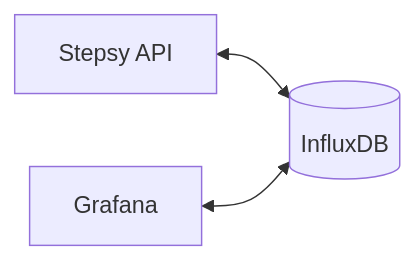
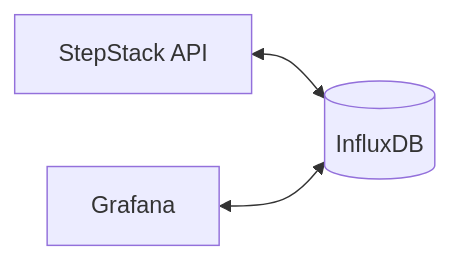
One commit to nikoswu/StepStack changed the fourth of 5 diagrams in README.md. Above: the diagram before and after it, drawn with Mermaid. The commit also changed other lines of this file and 16 other files, not shown here.

Commit message:
Rename project from Stepsy to StepStack

````diff
--- a/README.md
+++ b/README.md
@@ -204,5 +204,5 @@
 ```mermaid
 flowchart LR
-    A[Stepsy API] <--> B[(InfluxDB)]
+    A[StepStack API] <--> B[(InfluxDB)]
     C[Grafana] <--> B
 ```
````
